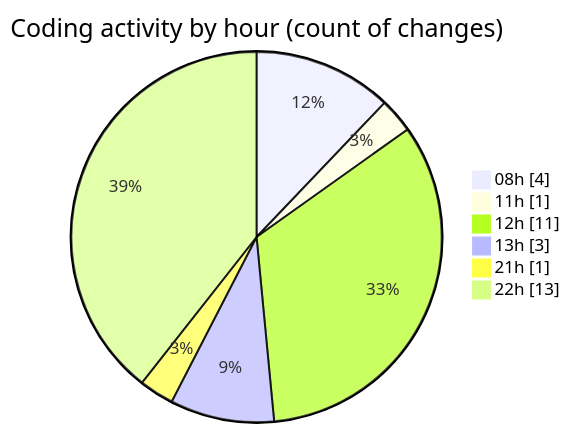
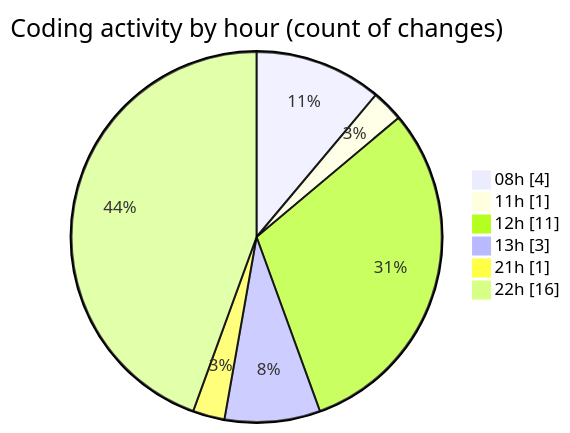
The second of 2 diagrams in 2025-02-10/react_ecom/README.md (Elitesun/code-tracking), drawn with Mermaid before and after one commit. The commit also changed other lines of this file and 1 other file, not shown here.

````diff
--- a/2025-02-10/react_ecom/README.md
+++ b/2025-02-10/react_ecom/README.md
@@ -39,10 +39,10 @@
 ```mermaid
 pie showData
 title Coding activity by hour (count of changes)
 "08h" : 4
 "11h" : 1
 "12h" : 11
 "13h" : 3
 "21h" : 1
-"22h" : 13
+"22h" : 16
 ```
````
